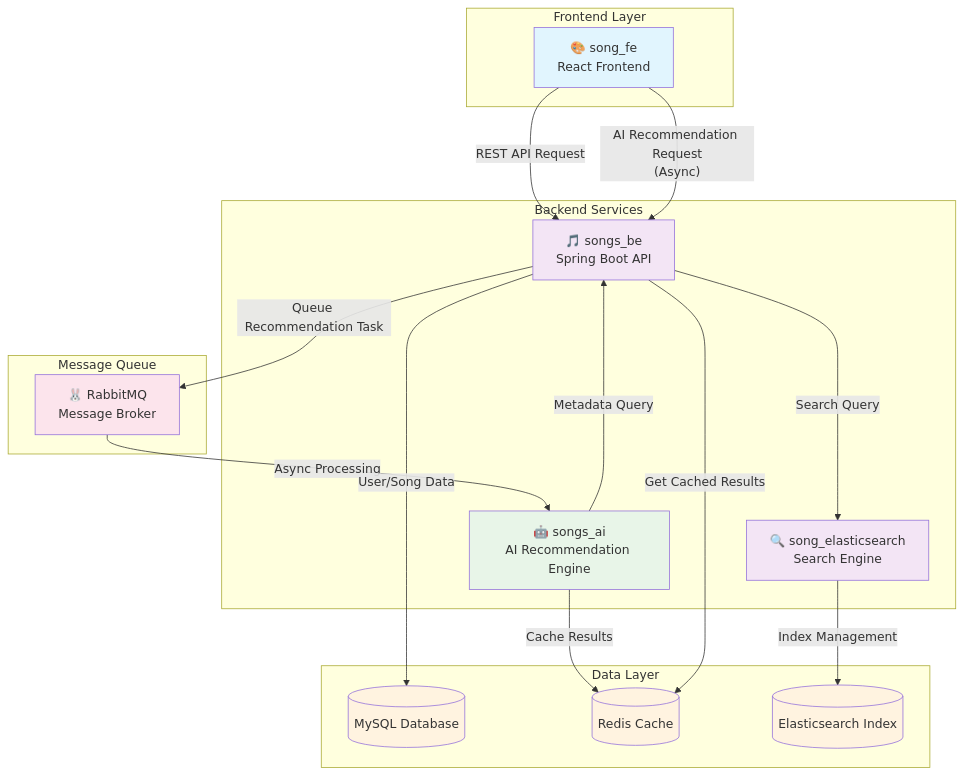
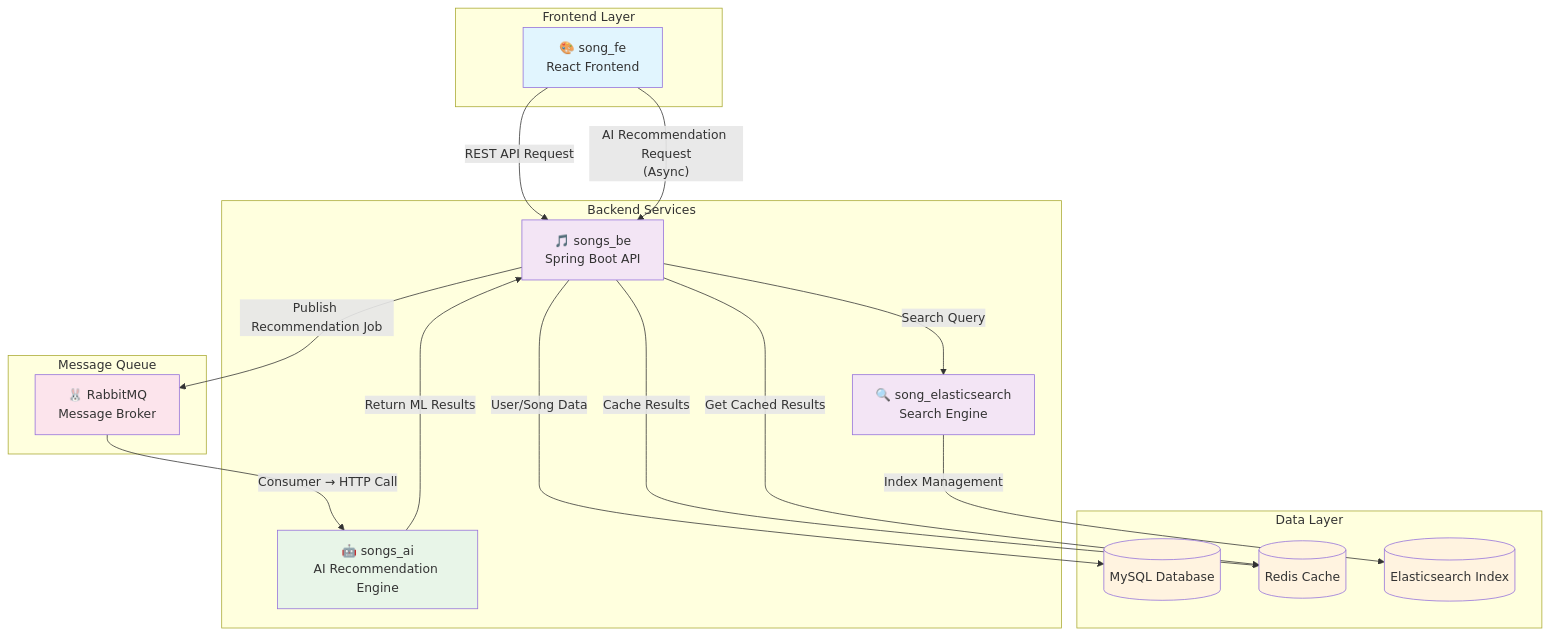
The first of 3 diagrams in README.md (Zara8170/songs_be), drawn with Mermaid before and after one commit. The commit also changed other lines of this file, not shown here.

````diff
--- a/README.md
+++ b/README.md
@@ -100,49 +101,48 @@
 ```mermaid
 graph TB
     subgraph "Frontend Layer"
         FE["🎨 song_fe<br/>React Frontend"]
     end
 
     subgraph "Backend Services"
         BE["🎵 songs_be<br/>Spring Boot API"]
         AI["🤖 songs_ai<br/>AI Recommendation Engine"]
         ES["🔍 song_elasticsearch<br/>Search Engine"]
     end
 
     subgraph "Message Queue"
         RMQ["🐰 RabbitMQ<br/>Message Broker"]
     end
 
     subgraph "Data Layer"
         DB[("MySQL Database")]
         REDIS[("Redis Cache")]
         ES_DATA[("Elasticsearch Index")]
     end
 
     FE -->|"REST API Request"| BE
     FE -->|"AI Recommendation Request<br/>(Async)"| BE
 
-    BE -->|"Queue Recommendation Task"| RMQ
-    RMQ -->|"Async Processing"| AI
+    BE -->|"Publish Recommendation Job"| RMQ
+    RMQ -->|"Consumer → HTTP Call"| AI
 
-    AI -->|"Cache Results"| REDIS
-    AI -->|"Metadata Query"| BE
-
+    AI -->|"Return ML Results"| BE
+    BE -->|"Cache Results"| REDIS
     BE -->|"Get Cached Results"| REDIS
 
     BE -->|"Search Query"| ES
     BE -->|"User/Song Data"| DB
     ES -->|"Index Management"| ES_DATA
 
     classDef frontend fill:#e1f5fe
     classDef backend fill:#f3e5f5
     classDef ai fill:#e8f5e8
     classDef data fill:#fff3e0
     classDef queue fill:#fce4ec
 
     class FE frontend
     class BE,ES backend
     class AI ai
     class DB,REDIS,ES_DATA data
     class RMQ queue
 ```
````
